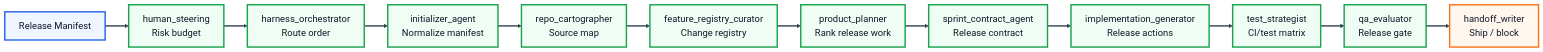
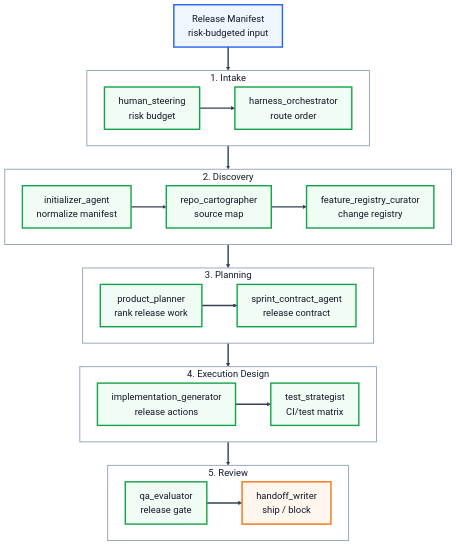
The fourth of 4 diagrams in README.md (shiki-dml/My-Harness-Workflow), drawn with Mermaid before and after one commit. The commit also changed other lines of this file, not shown here.

Commit message:
Improve README harness diagrams

````diff
--- a/README.md
+++ b/README.md
@@ -252,22 +288,42 @@
 ```mermaid
 %%{init: {"theme":"base","flowchart":{"curve":"linear","htmlLabels":true},"themeVariables":{"background":"#ffffff","mainBkg":"#ffffff","primaryTextColor":"#0f172a","fontSize":"20px","lineColor":"#334155"}}}%%
-flowchart LR
-    A["Release Manifest"] --> B["human_steering<br/>Risk budget"]
-    B --> C["harness_orchestrator<br/>Route order"]
-    C --> D["initializer_agent<br/>Normalize manifest"]
-    D --> E["repo_cartographer<br/>Source map"]
-    E --> F["feature_registry_curator<br/>Change registry"]
-    F --> G["product_planner<br/>Rank release work"]
-    G --> H["sprint_contract_agent<br/>Release contract"]
-    H --> I["implementation_generator<br/>Release actions"]
-    I --> J["test_strategist<br/>CI/test matrix"]
-    J --> K["qa_evaluator<br/>Release gate"]
-    K --> L["handoff_writer<br/>Ship / block"]
+flowchart TB
+    A["Release Manifest<br/>risk-budgeted input"] --> B
+    subgraph R1["1. Intake"]
+        direction LR
+        B["human_steering<br/>risk budget"] --> C["harness_orchestrator<br/>route order"]
+    end
+    subgraph R2["2. Discovery"]
+        direction LR
+        D["initializer_agent<br/>normalize manifest"] --> E["repo_cartographer<br/>source map"]
+        E --> F["feature_registry_curator<br/>change registry"]
+    end
+    subgraph R3["3. Planning"]
+        direction LR
+        G["product_planner<br/>rank release work"] --> H["sprint_contract_agent<br/>release contract"]
+    end
+    subgraph R4["4. Execution Design"]
+        direction LR
+        I["implementation_generator<br/>release actions"] --> J["test_strategist<br/>CI/test matrix"]
+    end
+    subgraph R5["5. Review"]
+        direction LR
+        K["qa_evaluator<br/>release gate"] --> L["handoff_writer<br/>ship / block"]
+    end
+    C --> D
+    F --> G
+    H --> I
+    J --> K
     classDef source fill:#eff6ff,stroke:#2563eb,stroke-width:3px,color:#0f172a
     classDef stage fill:#f0fdf4,stroke:#16a34a,stroke-width:3px,color:#0f172a
     classDef output fill:#fff7ed,stroke:#f97316,stroke-width:3px,color:#0f172a
     class A source
     class B,C,D,E,F,G,H,I,J,K stage
     class L output
+    style R1 fill:#ffffff,stroke:#94a3b8,stroke-width:2px,color:#0f172a
+    style R2 fill:#ffffff,stroke:#94a3b8,stroke-width:2px,color:#0f172a
+    style R3 fill:#ffffff,stroke:#94a3b8,stroke-width:2px,color:#0f172a
+    style R4 fill:#ffffff,stroke:#94a3b8,stroke-width:2px,color:#0f172a
+    style R5 fill:#ffffff,stroke:#94a3b8,stroke-width:2px,color:#0f172a
     linkStyle default stroke:#334155,stroke-width:3px
 ```
````
